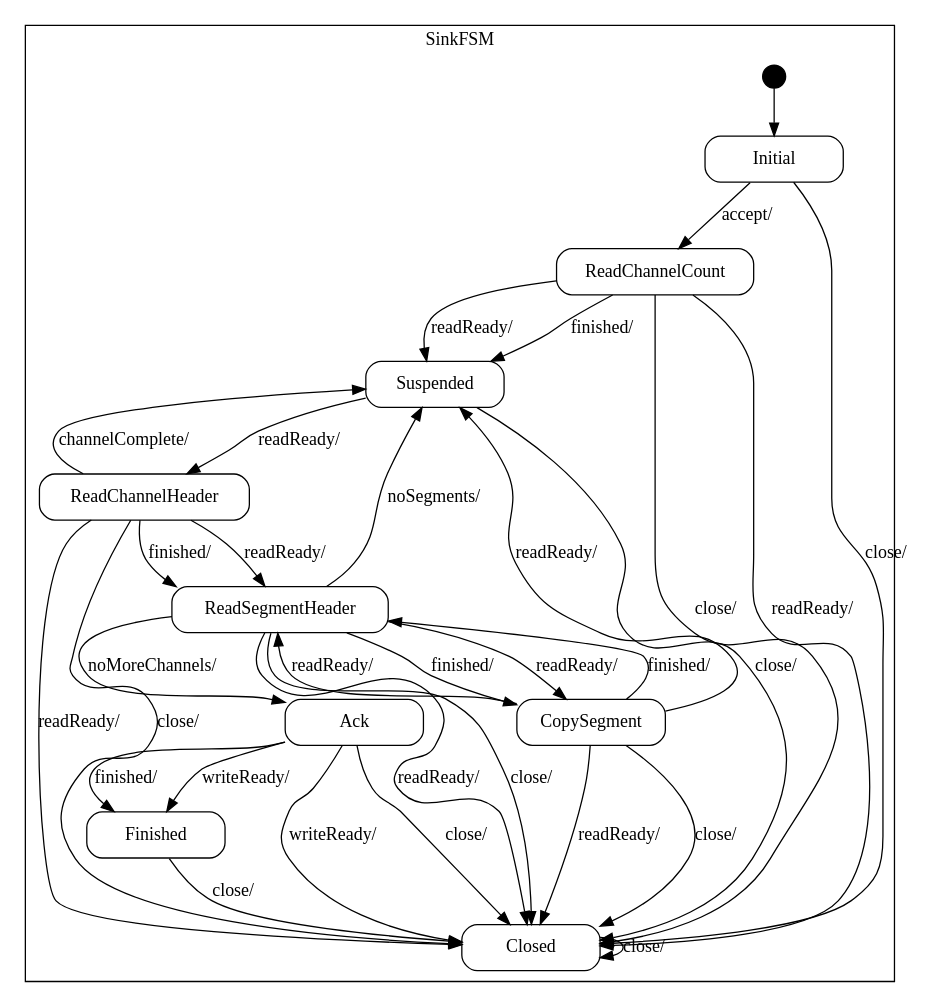
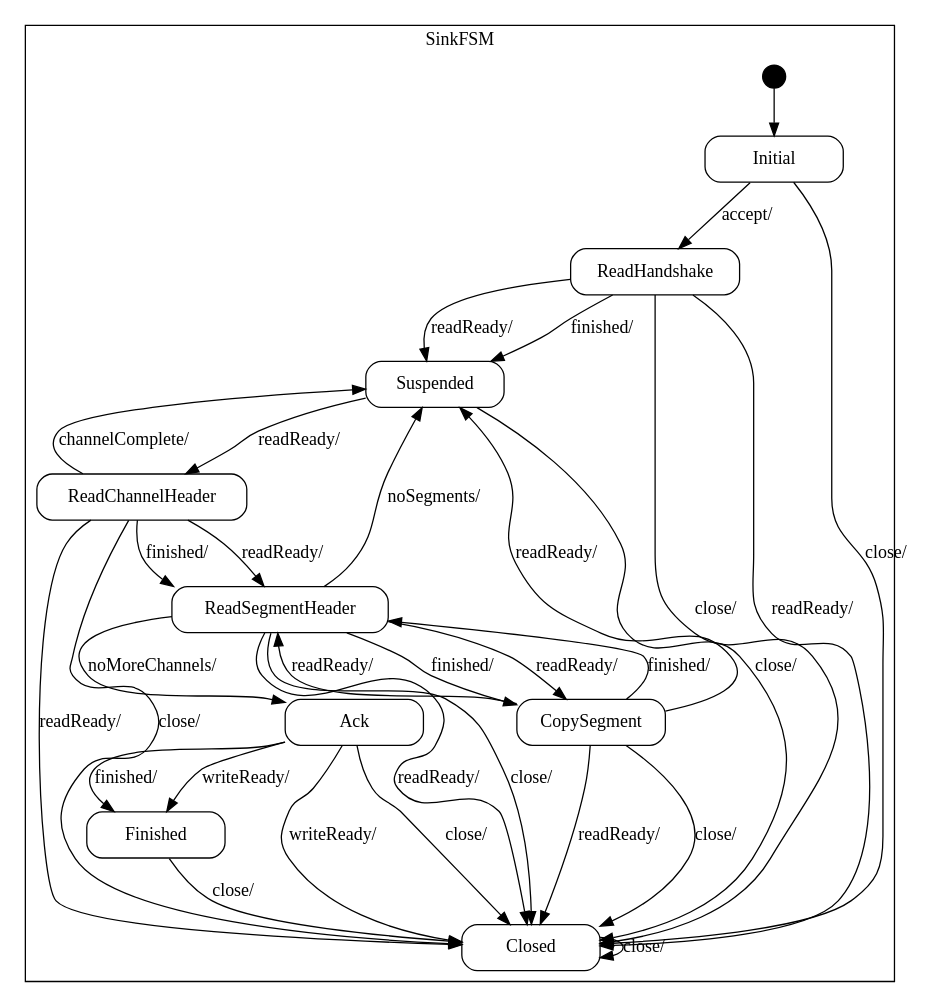
One commit to vmehra-sfdc/Ouroboros changed the diagram in spindle/doc/Sink_sm.dot. Above: the diagram before and after it, drawn with Graphviz. The commit also changed 10 other files, not shown here.

Commit message:
Add the source node id in the handshake with the Sink, so that the logging is more clear.

```diff
--- a/spindle/doc/Sink_sm.dot
+++ b/spindle/doc/Sink_sm.dot
@@ -1,141 +1,141 @@
 digraph Sink {
 
     node
         [shape=Mrecord width=1.5];
 
     subgraph cluster_SinkFSM {
 
         label="SinkFSM";
 
         //
         // States (Nodes)
         //
 
         "SinkFSM::Initial"
             [label="{Initial}"];
 
-        "SinkFSM::ReadChannelCount"
-            [label="{ReadChannelCount}"];
+        "SinkFSM::ReadHandshake"
+            [label="{ReadHandshake}"];
 
         "SinkFSM::Suspended"
             [label="{Suspended}"];
 
         "SinkFSM::ReadChannelHeader"
             [label="{ReadChannelHeader}"];
 
         "SinkFSM::ReadSegmentHeader"
             [label="{ReadSegmentHeader}"];
 
         "SinkFSM::CopySegment"
             [label="{CopySegment}"];
 
         "SinkFSM::Ack"
             [label="{Ack}"];
 
         "SinkFSM::Finished"
             [label="{Finished}"];
 
         "SinkFSM::Closed"
             [label="{Closed}"];
 
         "%start"
             [label="" shape=circle style=filled fillcolor=black width=0.25];
 
         //
         // Transitions (Edges)
         //
 
-        "SinkFSM::Initial" -> "SinkFSM::ReadChannelCount"
+        "SinkFSM::Initial" -> "SinkFSM::ReadHandshake"
             [label="accept/\l"];
 
         "SinkFSM::Initial" -> "SinkFSM::Closed"
             [label="close/\l"];
 
-        "SinkFSM::ReadChannelCount" -> "SinkFSM::Suspended"
+        "SinkFSM::ReadHandshake" -> "SinkFSM::Suspended"
             [label="finished/\l"];
 
-        "SinkFSM::ReadChannelCount" -> "SinkFSM::Closed"
+        "SinkFSM::ReadHandshake" -> "SinkFSM::Closed"
             [label="readReady/\l"];
 
-        "SinkFSM::ReadChannelCount" -> "SinkFSM::Suspended"
+        "SinkFSM::ReadHandshake" -> "SinkFSM::Suspended"
             [label="readReady/\l"];
 
-        "SinkFSM::ReadChannelCount" -> "SinkFSM::Closed"
+        "SinkFSM::ReadHandshake" -> "SinkFSM::Closed"
             [label="close/\l"];
 
         "SinkFSM::Suspended" -> "SinkFSM::ReadChannelHeader"
             [label="readReady/\l"];
 
         "SinkFSM::Suspended" -> "SinkFSM::Closed"
             [label="close/\l"];
 
         "SinkFSM::ReadChannelHeader" -> "SinkFSM::ReadSegmentHeader"
             [label="finished/\l"];
 
         "SinkFSM::ReadChannelHeader" -> "SinkFSM::Suspended"
             [label="channelComplete/\l"];
 
         "SinkFSM::ReadChannelHeader" -> "SinkFSM::Closed"
             [label="readReady/\l"];
 
         "SinkFSM::ReadChannelHeader" -> "SinkFSM::ReadSegmentHeader"
             [label="readReady/\l"];
 
         "SinkFSM::ReadChannelHeader" -> "SinkFSM::Closed"
             [label="close/\l"];
 
         "SinkFSM::ReadSegmentHeader" -> "SinkFSM::CopySegment"
             [label="finished/\l"];
 
         "SinkFSM::ReadSegmentHeader" -> "SinkFSM::Closed"
             [label="readReady/\l"];
 
         "SinkFSM::ReadSegmentHeader" -> "SinkFSM::CopySegment"
             [label="readReady/\l"];
 
         "SinkFSM::ReadSegmentHeader" -> "SinkFSM::Ack"
             [label="noMoreChannels/\l"];
 
         "SinkFSM::ReadSegmentHeader" -> "SinkFSM::Suspended"
             [label="noSegments/\l"];
 
         "SinkFSM::ReadSegmentHeader" -> "SinkFSM::Closed"
             [label="close/\l"];
 
         "SinkFSM::CopySegment" -> "SinkFSM::ReadSegmentHeader"
             [label="finished/\l"];
 
         "SinkFSM::CopySegment" -> "SinkFSM::Suspended"
             [label="readReady/\l"];
 
         "SinkFSM::CopySegment" -> "SinkFSM::Closed"
             [label="readReady/\l"];
 
         "SinkFSM::CopySegment" -> "SinkFSM::ReadSegmentHeader"
             [label="readReady/\l"];
 
         "SinkFSM::CopySegment" -> "SinkFSM::Closed"
             [label="close/\l"];
 
         "SinkFSM::Ack" -> "SinkFSM::Finished"
             [label="finished/\l"];
 
         "SinkFSM::Ack" -> "SinkFSM::Closed"
             [label="writeReady/\l"];
 
         "SinkFSM::Ack" -> "SinkFSM::Finished"
             [label="writeReady/\l"];
 
         "SinkFSM::Ack" -> "SinkFSM::Closed"
             [label="close/\l"];
 
         "SinkFSM::Finished" -> "SinkFSM::Closed"
             [label="close/\l"];
 
         "SinkFSM::Closed" -> "SinkFSM::Closed"
             [label="close/\l"];
 
         "%start" -> "SinkFSM::Initial"
     }
 
 }
```
